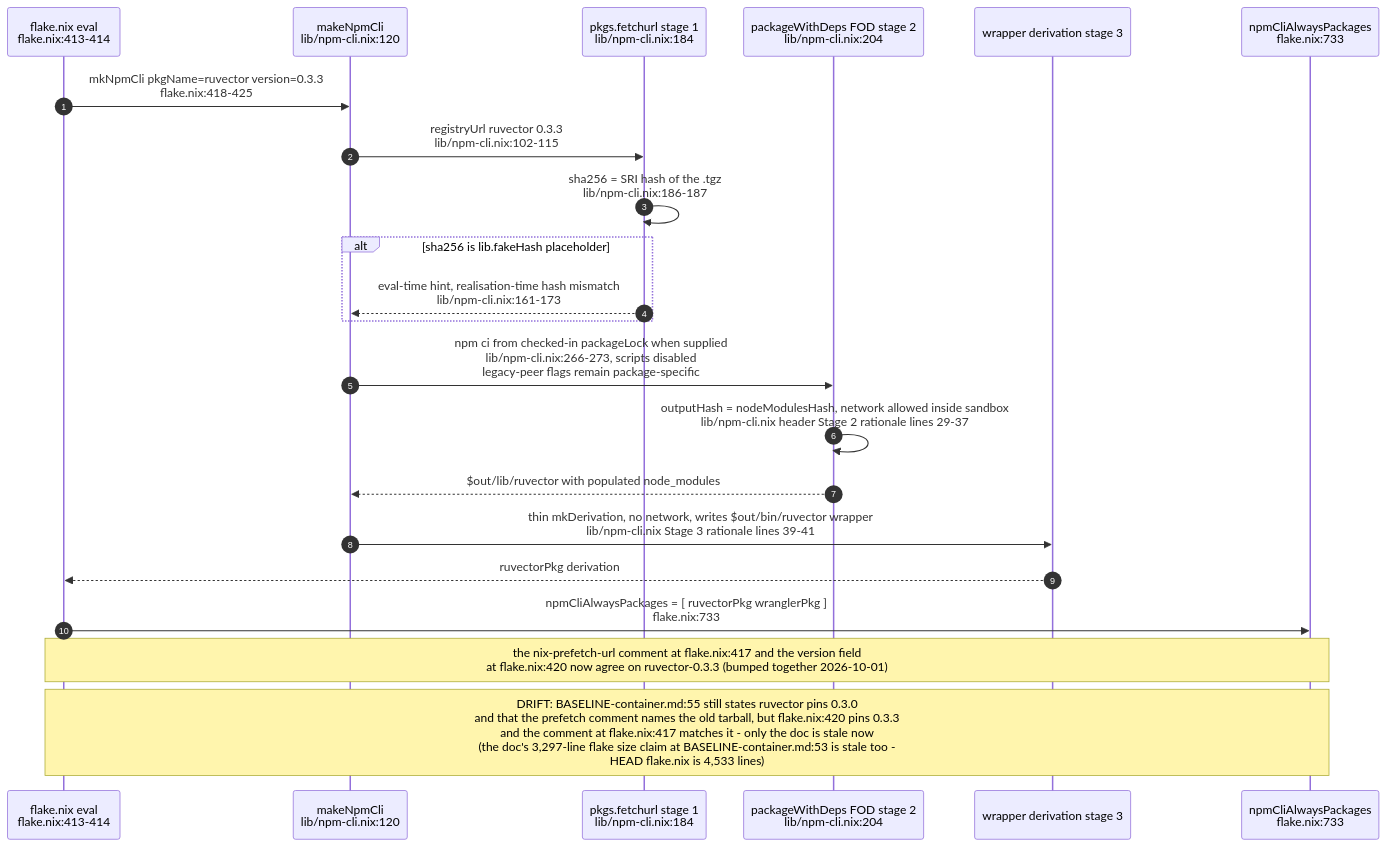
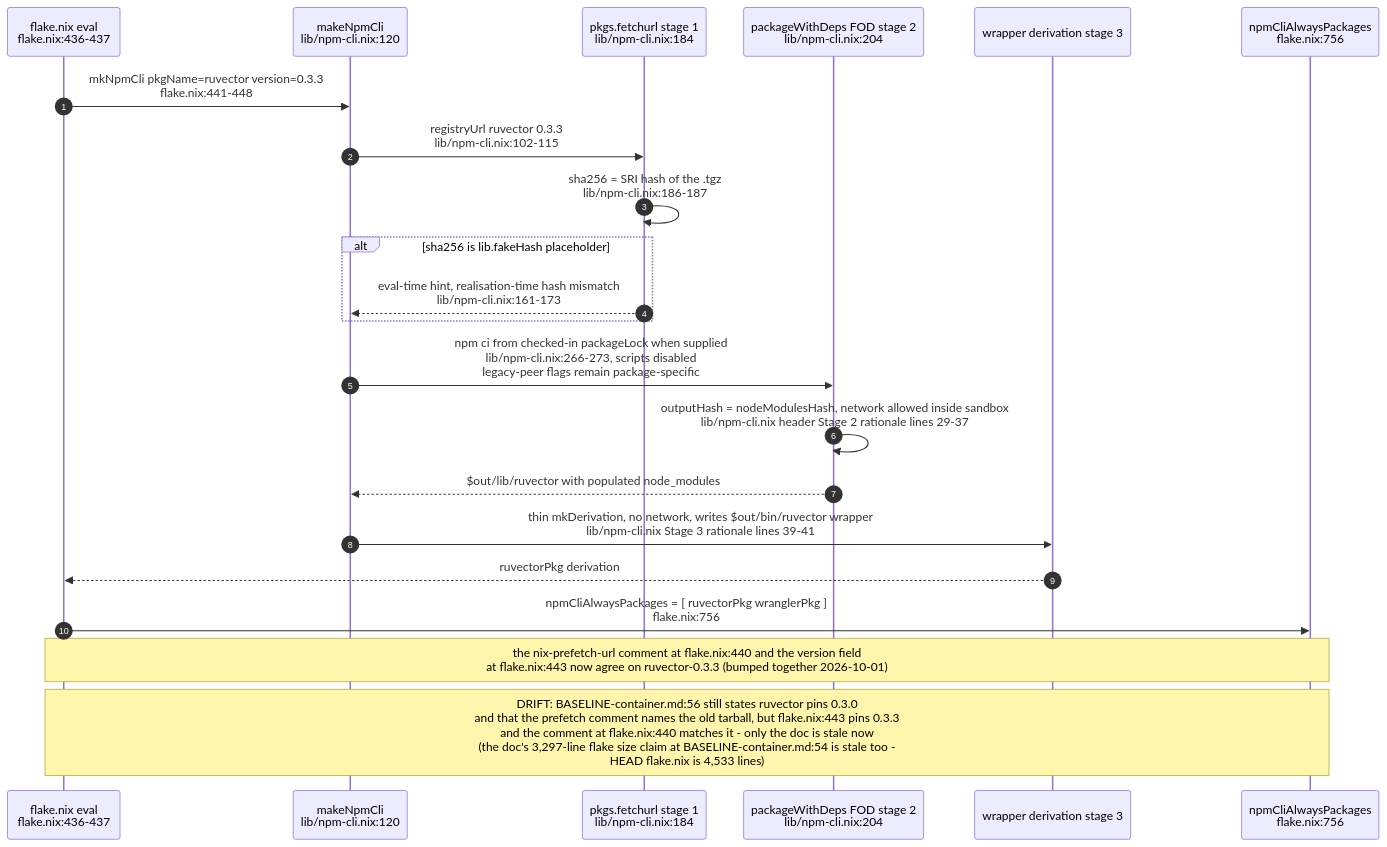
One commit to DreamLab-AI/VisionFlow changed the fifth of 10 diagrams in docs/diagrams/agentbox/01-nix-flake-composition.md. Above: the diagram before and after it, drawn with Mermaid. The commit also changed other lines of this file and 80 other files, not shown here.

First line of the commit message:
docs(diagrams): re-verify the agentbox, dreamlab, estate and visionflow corpus against current sources

````diff
--- a/docs/diagrams/agentbox/01-nix-flake-composition.md
+++ b/docs/diagrams/agentbox/01-nix-flake-composition.md
@@ -226,25 +240,25 @@
 ```mermaid
 sequenceDiagram
     autonumber
-    participant FLAKE as flake.nix eval<br/>flake.nix:413-414
+    participant FLAKE as flake.nix eval<br/>flake.nix:436-437
     participant MK as makeNpmCli<br/>lib/npm-cli.nix:120
     participant FETCH as pkgs.fetchurl stage 1<br/>lib/npm-cli.nix:184
     participant FOD as packageWithDeps FOD stage 2<br/>lib/npm-cli.nix:204
     participant WRAP as wrapper derivation stage 3
-    participant ALWAYS as npmCliAlwaysPackages<br/>flake.nix:733
+    participant ALWAYS as npmCliAlwaysPackages<br/>flake.nix:756
 
-    FLAKE->>MK: mkNpmCli pkgName=ruvector version=0.3.3<br/>flake.nix:418-425
+    FLAKE->>MK: mkNpmCli pkgName=ruvector version=0.3.3<br/>flake.nix:441-448
     MK->>FETCH: registryUrl ruvector 0.3.3<br/>lib/npm-cli.nix:102-115
     FETCH->>FETCH: sha256 = SRI hash of the .tgz<br/>lib/npm-cli.nix:186-187
     alt sha256 is lib.fakeHash placeholder
         FETCH-->>MK: eval-time hint, realisation-time hash mismatch<br/>lib/npm-cli.nix:161-173
     end
     MK->>FOD: npm ci from checked-in packageLock when supplied<br/>lib/npm-cli.nix:266-273, scripts disabled<br/>legacy-peer flags remain package-specific
     FOD->>FOD: outputHash = nodeModulesHash, network allowed inside sandbox<br/>lib/npm-cli.nix header Stage 2 rationale lines 29-37
     FOD-->>MK: $out/lib/ruvector with populated node_modules
     MK->>WRAP: thin mkDerivation, no network, writes $out/bin/ruvector wrapper<br/>lib/npm-cli.nix Stage 3 rationale lines 39-41
     WRAP-->>FLAKE: ruvectorPkg derivation
-    FLAKE->>ALWAYS: npmCliAlwaysPackages = [ ruvectorPkg wranglerPkg ]<br/>flake.nix:733
-    Note over FLAKE,ALWAYS: the nix-prefetch-url comment at flake.nix:417 and the version field<br/>at flake.nix:420 now agree on ruvector-0.3.3 (bumped together 2026-10-01)
-    Note over FLAKE,ALWAYS: DRIFT: BASELINE-container.md:55 still states ruvector pins 0.3.0<br/>and that the prefetch comment names the old tarball, but flake.nix:420 pins 0.3.3<br/>and the comment at flake.nix:417 matches it - only the doc is stale now<br/>(the doc's 3,297-line flake size claim at BASELINE-container.md:53 is stale too -<br/>HEAD flake.nix is 4,533 lines)
+    FLAKE->>ALWAYS: npmCliAlwaysPackages = [ ruvectorPkg wranglerPkg ]<br/>flake.nix:756
+    Note over FLAKE,ALWAYS: the nix-prefetch-url comment at flake.nix:440 and the version field<br/>at flake.nix:443 now agree on ruvector-0.3.3 (bumped together 2026-10-01)
+    Note over FLAKE,ALWAYS: DRIFT: BASELINE-container.md:56 still states ruvector pins 0.3.0<br/>and that the prefetch comment names the old tarball, but flake.nix:443 pins 0.3.3<br/>and the comment at flake.nix:440 matches it - only the doc is stale now<br/>(the doc's 3,297-line flake size claim at BASELINE-container.md:54 is stale too -<br/>HEAD flake.nix is 4,533 lines)
 ```
````
